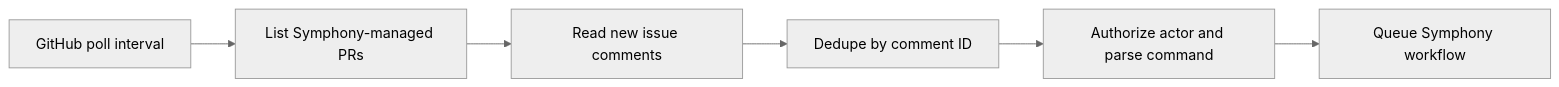
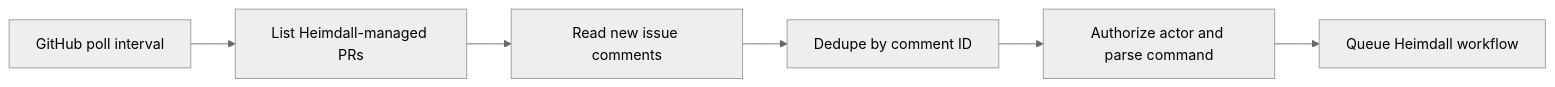
Before and after one commit to mngeow/heimdall: the diagram in docs/setup/github.md, drawn with Mermaid (neutral theme). The commit also changed other lines of this file and 112 other files, not shown here.

````diff
--- a/docs/setup/github.md
+++ b/docs/setup/github.md
@@ -17,8 +17,8 @@
 ```mermaid
 flowchart LR
-    Timer["GitHub poll interval"] --> PRs["List Symphony-managed PRs"]
+    Timer["GitHub poll interval"] --> PRs["List Heimdall-managed PRs"]
     PRs --> Comments["Read new issue comments"]
     Comments --> Dedupe["Dedupe by comment ID"]
     Dedupe --> Auth["Authorize actor and parse command"]
-    Auth --> Queue["Queue Symphony workflow"]
+    Auth --> Queue["Queue Heimdall workflow"]
 ```
````
